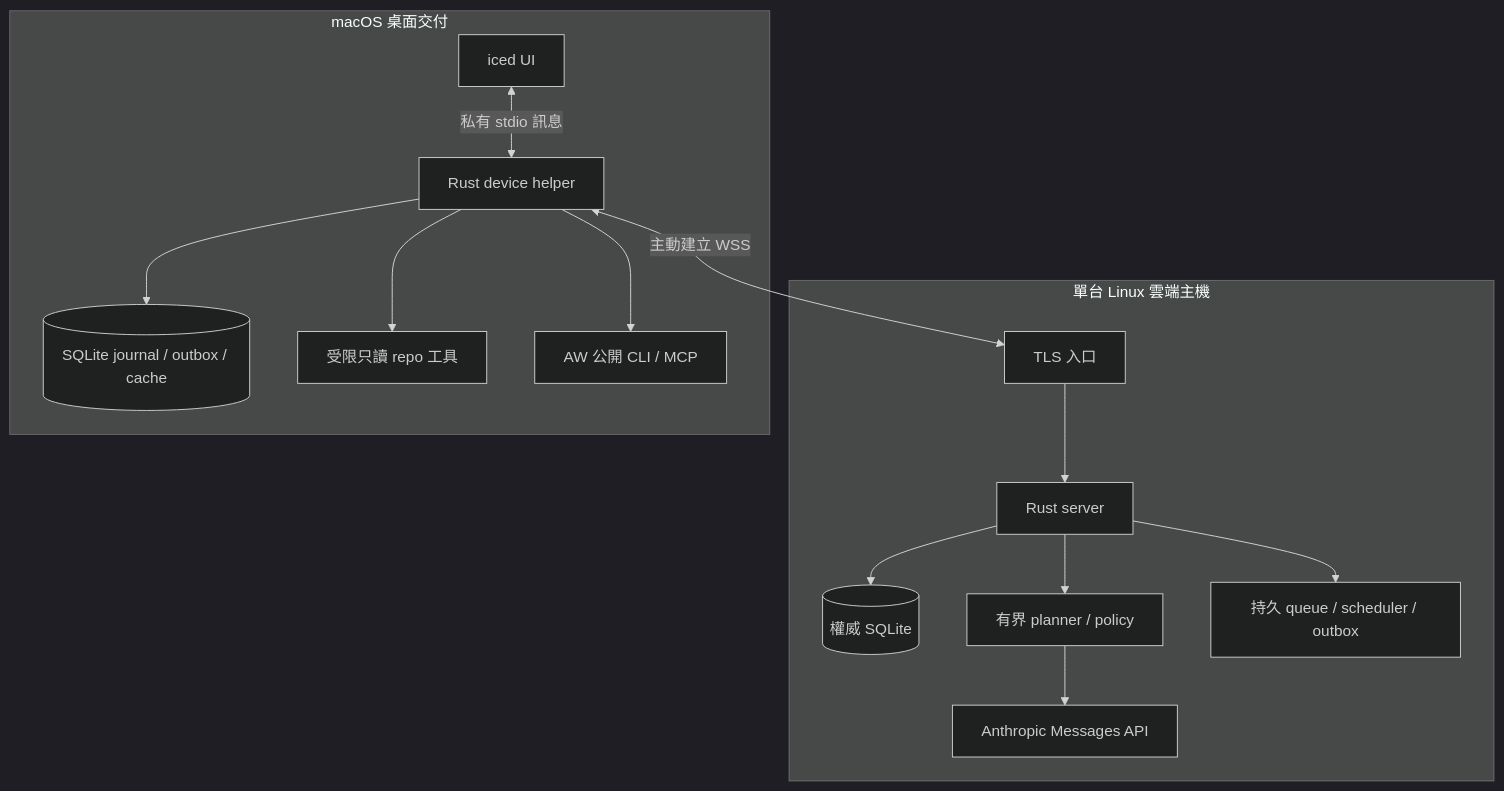
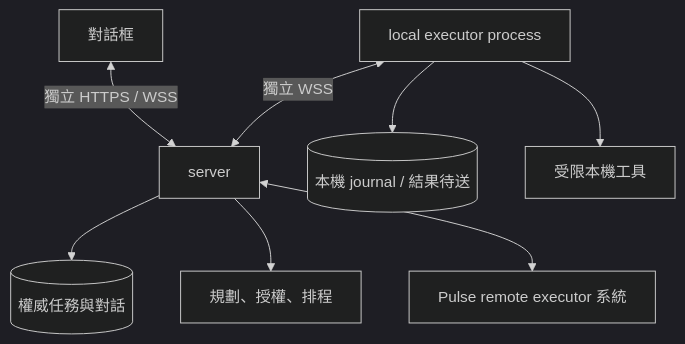
Before and after one commit to faberline/pulse: the diagram in docs/architecture.md, drawn with Mermaid (dark theme). The commit also changed other lines of this file and 21 other files, not shown here.

Commit message:
Separate chat and local executor with server-owned roles

````diff
--- a/docs/architecture.md
+++ b/docs/architecture.md
@@ -36,17 +39,10 @@
 ```mermaid
 flowchart TB
-  subgraph Cloud[單台 Linux 雲端主機]
-    TLS[TLS 入口] --> Server[Rust server]
-    Server --> DB[(權威 SQLite)]
-    Server --> Planner[有界 planner / policy]
-    Server --> Queue[持久 queue / scheduler / outbox]
-    Planner --> API[Anthropic Messages API]
-  end
-  subgraph Local[macOS 桌面交付]
-    UI[iced UI] <-->|私有 stdio 訊息| Device[Rust device helper]
-    Device --> Journal[(SQLite journal / outbox / cache)]
-    Device --> Tools[受限只讀 repo 工具]
-    Device --> AW[AW 公開 CLI / MCP]
-  end
-  Device <-->|主動建立 WSS| TLS
+  UI[對話框] <-->|獨立 HTTPS / WSS| Server[server]
+  Server --> DB[(權威任務與對話)]
+  Server --> Policy[規劃、授權、排程]
+  Server <--> Remote[Pulse remote executor 系統]
+  Local[local executor process] <-->|獨立 WSS| Server
+  Local --> Journal[(本機 journal / 結果待送)]
+  Local --> Tools[受限本機工具]
 ```
````
